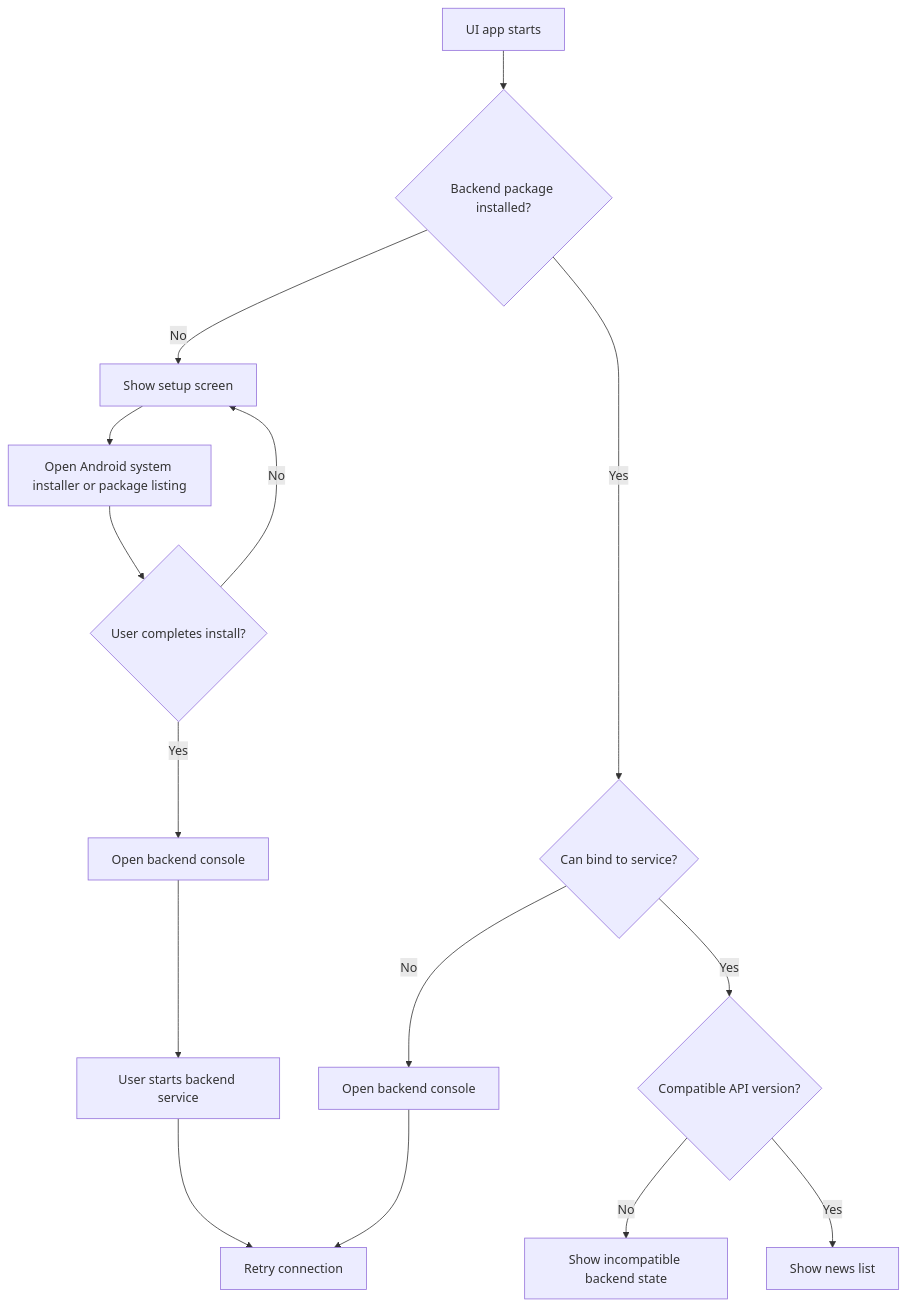
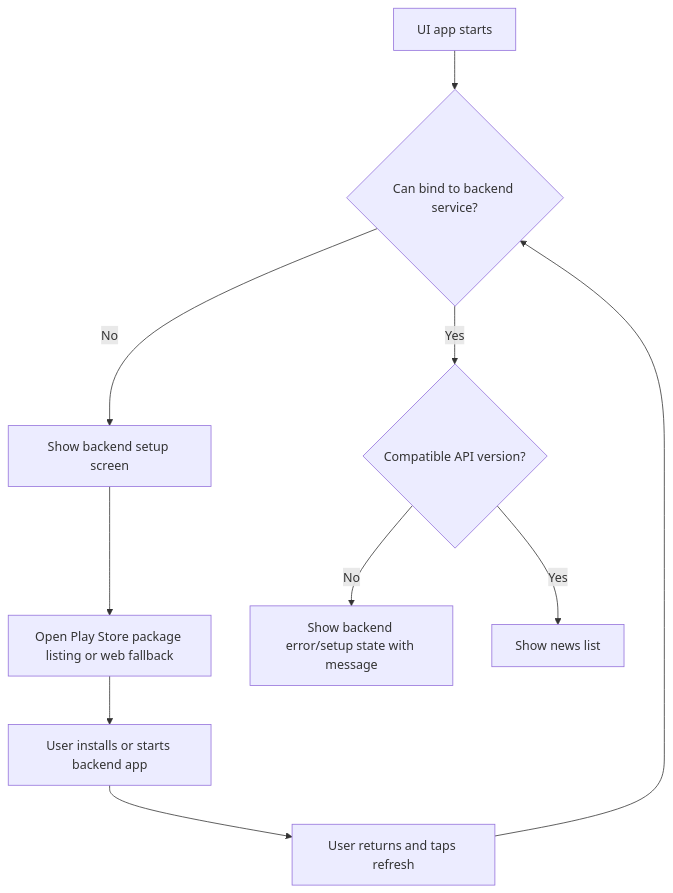
The ninth of 9 diagrams in DESIGN.md (Yaniv-Benhaim/unity-news-app), drawn with Mermaid before and after one commit. The commit also changed other lines of this file, not shown here.

````diff
--- a/DESIGN.md
+++ b/DESIGN.md
@@ -450,17 +448,12 @@
 ```mermaid
 flowchart TD
-    Start["UI app starts"] --> Detect{"Backend package installed?"}
-    Detect -- "No" --> Setup["Show setup screen"]
-    Setup --> Install["Open Android system installer or package listing"]
-    Install --> Approved{"User completes install?"}
-    Approved -- "No" --> Setup
-    Approved -- "Yes" --> Launch["Open backend console"]
-    Detect -- "Yes" --> Bind{"Can bind to service?"}
-    Launch --> StartService["User starts backend service"]
-    StartService --> Retry["Retry connection"]
-    Bind -- "No" --> OpenBackend["Open backend console"]
-    OpenBackend --> Retry
+    Start["UI app starts"] --> Bind{"Can bind to backend service?"}
+    Bind -- "No" --> Setup["Show backend setup screen"]
+    Setup --> Store["Open Play Store package listing or web fallback"]
+    Store --> UserAction["User installs or starts backend app"]
+    UserAction --> Retry["User returns and taps refresh"]
     Bind -- "Yes" --> Version{"Compatible API version?"}
-    Version -- "No" --> Incompatible["Show incompatible backend state"]
+    Retry --> Bind
+    Version -- "No" --> Error["Show backend error/setup state with message"]
     Version -- "Yes" --> News["Show news list"]
 ```
````
